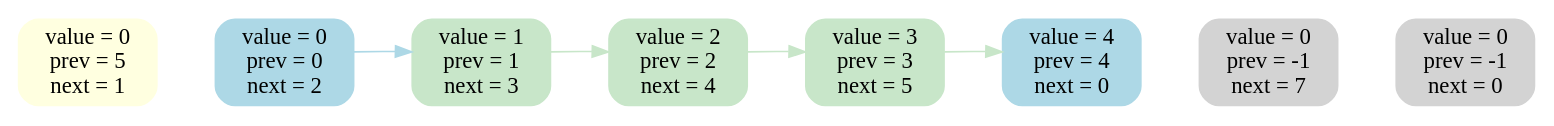
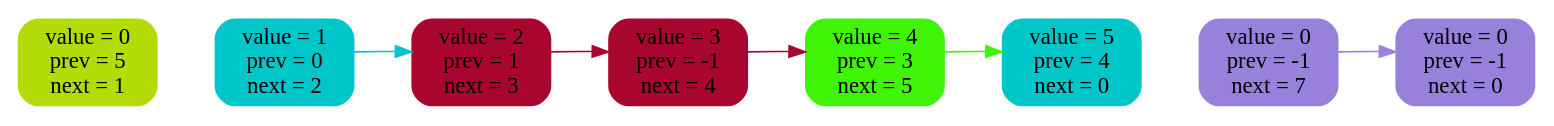
The diagram in list_log/img/6.dot (2210223t-lang/2-linked-list), drawn with Graphviz before and after one commit. The commit also changed 29 other files, not shown here.

```diff
--- a/list_log/img/6.dot
+++ b/list_log/img/6.dot
@@ -1,22 +1,23 @@
 digraph {
 rankdir = LR
-n0 [ label = "value = 0\nprev = 5\nnext = 1", shape = Mrecord, fontsize = 14,style = filled, color = lightyellow ]
-n1 [ label = "value = 0\nprev = 0\nnext = 2", shape = Mrecord, fontsize = 14,style = filled, color = lightblue ]
-n2 [ label = "value = 1\nprev = 1\nnext = 3", shape = Mrecord, fontsize = 14,style = filled, color = "#C8E6C9" ]
-n3 [ label = "value = 2\nprev = 2\nnext = 4", shape = Mrecord, fontsize = 14,style = filled, color = "#C8E6C9" ]
-n4 [ label = "value = 3\nprev = 3\nnext = 5", shape = Mrecord, fontsize = 14,style = filled, color = "#C8E6C9" ]
-n5 [ label = "value = 4\nprev = 4\nnext = 0", shape = Mrecord, fontsize = 14,style = filled, color = lightblue ]
-n6 [ label = "value = 0\nprev = -1\nnext = 7", shape = Mrecord, fontsize = 14,style = filled, color = lightgray ]
-n7 [ label = "value = 0\nprev = -1\nnext = 0", shape = Mrecord, fontsize = 14,style = filled, color = lightgray ]
+n0 [ label = "value = 0\nprev = 5\nnext = 1", shape = Mrecord, fontsize = 14,style = filled, color = "#b4da08" ]
+n1 [ label = "value = 1\nprev = 0\nnext = 2", shape = Mrecord, fontsize = 14,style = filled, color = "#00c6c9" ]
+n2 [ label = "value = 2\nprev = 1\nnext = 3", shape = Mrecord, fontsize = 14,style = filled, color = "#a9062f" ]
+n3 [ label = "value = 3\nprev = -1\nnext = 4", shape = Mrecord, fontsize = 14,style = filled, color = "#a9062f" ]
+n4 [ label = "value = 4\nprev = 3\nnext = 5", shape = Mrecord, fontsize = 14,style = filled, color = "#3ff407" ]
+n5 [ label = "value = 5\nprev = 4\nnext = 0", shape = Mrecord, fontsize = 14,style = filled, color = "#00c6c9" ]
+n6 [ label = "value = 0\nprev = -1\nnext = 7", shape = Mrecord, fontsize = 14,style = filled, color = "#9781db" ]
+n7 [ label = "value = 0\nprev = -1\nnext = 0", shape = Mrecord, fontsize = 14,style = filled, color = "#9781db" ]
 n0 -> n1 [ style = invis, weight = 100 ]
 n1 -> n2 [ style = invis, weight = 100 ]
 n2 -> n3 [ style = invis, weight = 100 ]
 n3 -> n4 [ style = invis, weight = 100 ]
 n4 -> n5 [ style = invis, weight = 100 ]
 n5 -> n6 [ style = invis, weight = 100 ]
 n6 -> n7 [ style = invis, weight = 100 ]
-n1 -> n2 [style = filled, color = lightblue ]
-n2 -> n3 [style = filled, color = "#C8E6C9" ]
-n3 -> n4 [style = filled, color = "#C8E6C9" ]
-n4 -> n5 [style = filled, color = "#C8E6C9" ]
+n1 -> n2 [style = filled, color = "#00c6c9" ]
+n2 -> n3 [style = filled, color = "#a9062f" ]
+n3 -> n4 [style = filled, color = "#a9062f" ]
+n4 -> n5 [style = filled, color = "#3ff407" ]
+n6 -> n7 [style = filled, color = "#9781db" ]
 }
```
